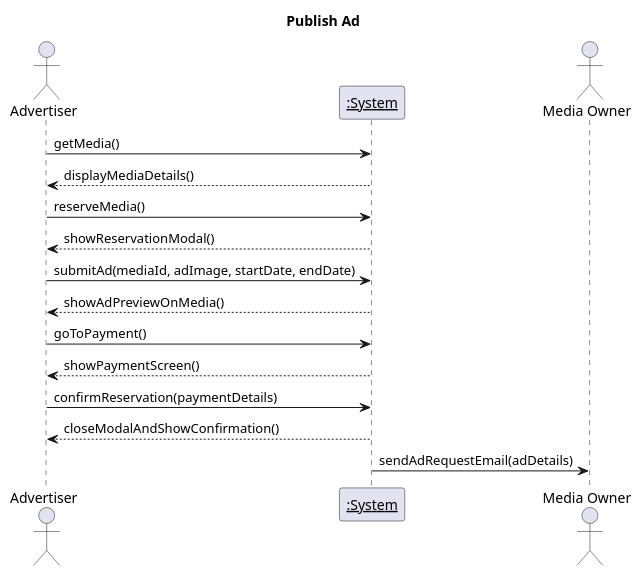
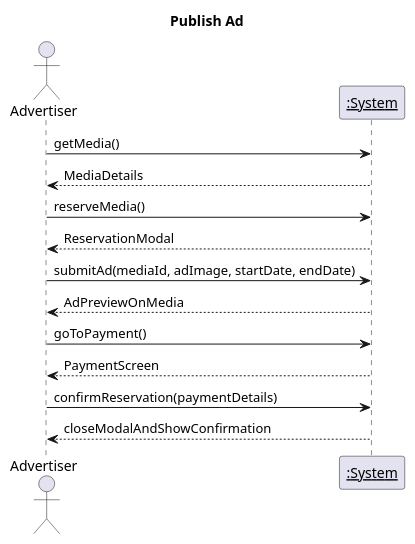
Before and after one commit to anvsult/envision-ad: the diagram in docs/diagrams/Sequences/sequence-diagram-publish-ad.puml, drawn with PlantUML. The commit also changed 1 other file, not shown here.

Commit message:
updated sequence diagram and use case

```diff
--- a/docs/diagrams/Sequences/sequence-diagram-publish-ad.puml
+++ b/docs/diagrams/Sequences/sequence-diagram-publish-ad.puml
@@ -1,35 +1,22 @@
 @startuml
 title Publish Ad
 
 actor "Advertiser" as Advertiser
 participant "__:System__" as System
-actor "Media Owner" as MediaOwner
 
-' 1. The Advertiser browses available media listings and selects one.
 Advertiser -> System: getMedia()
-' 1.1 System retrieves details for the selected media listing and displays the details page.
-System --> Advertiser: displayMediaDetails()
+System --> Advertiser: MediaDetails
 
-' 2. The Advertiser clicks on the “Reserve” button.
 Advertiser -> System: reserveMedia()
-' 2.1 System displays a reservation modal.
-System --> Advertiser: showReservationModal()
+System --> Advertiser: ReservationModal
 
-' 3. The Advertiser selects an ad (or adds a new one), selects dates and presses next.
 Advertiser -> System: submitAd(mediaId, adImage, startDate, endDate)
-' 3.1 System shows a preview of the ad on the selected media.
-System --> Advertiser: showAdPreviewOnMedia()
+System --> Advertiser: AdPreviewOnMedia
 
-' 4. User presses the next button.
 Advertiser -> System: goToPayment()
-' 4.1 System shows the payment screen.
-System --> Advertiser: showPaymentScreen()
+System --> Advertiser: PaymentScreen
 
-' 5. User enters credit card info and clicks reserve.
 Advertiser -> System: confirmReservation(paymentDetails)
-' 5.1 System closes the modal in the frontend.
-System --> Advertiser: closeModalAndShowConfirmation()
-' 5.2 System backend processes the request and emails Media Owner.
-System -> MediaOwner: sendAdRequestEmail(adDetails)
+System --> Advertiser: closeModalAndShowConfirmation
 
 @enduml
```
